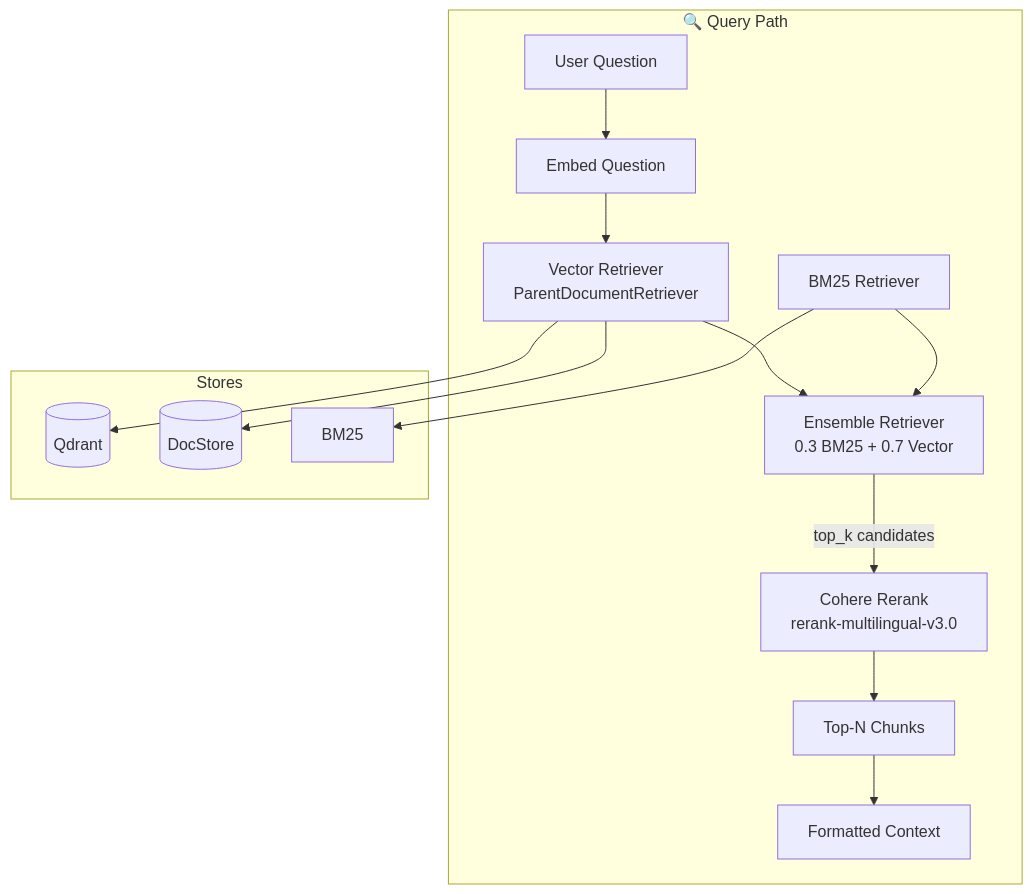
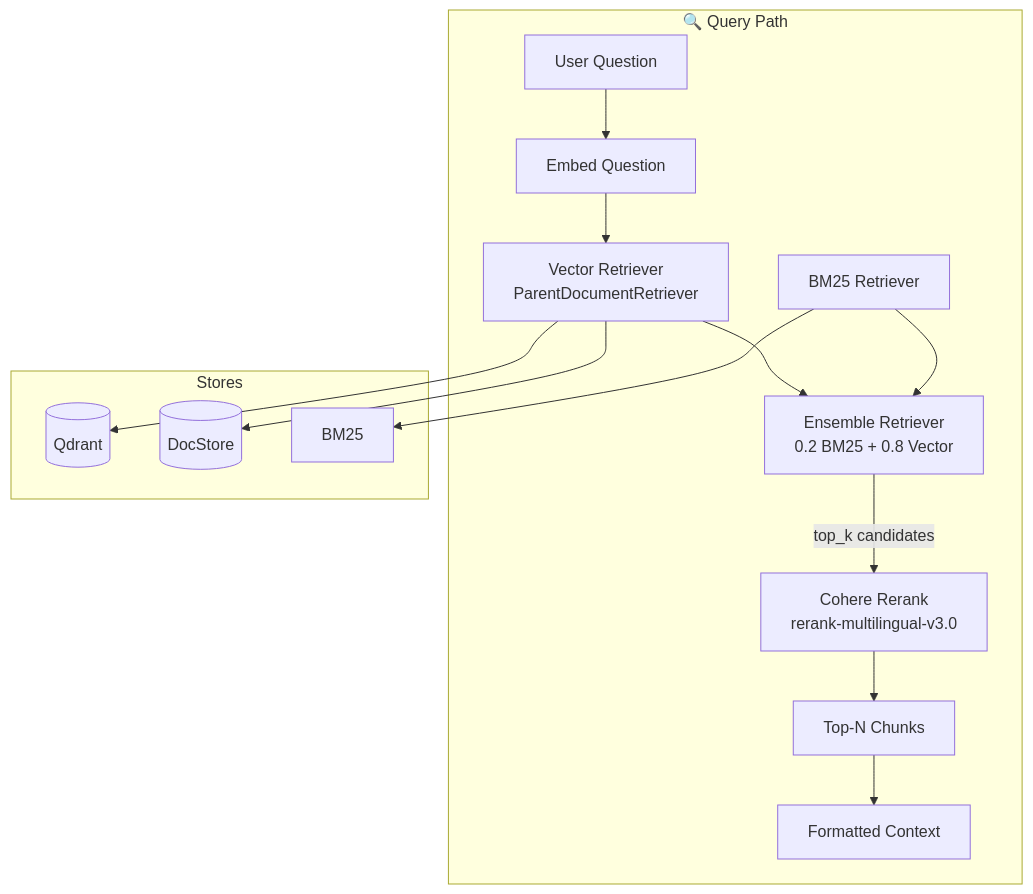
The third of 6 diagrams in README.md (adrian-barcan/AIE9-Certification-Challenge), drawn with Mermaid before and after one commit. The commit also changed 6 other files, not shown here.

````diff
--- a/README.md
+++ b/README.md
@@ -134,30 +134,30 @@
 ```mermaid
 flowchart TB
     subgraph Query["🔍 Query Path"]
         Q[User Question]
         EmbQ[Embed Question]
         VecRet[Vector Retriever<br/>ParentDocumentRetriever]
         BM25[BM25 Retriever]
-        Ensemble[Ensemble Retriever<br/>0.3 BM25 + 0.7 Vector]
+        Ensemble[Ensemble Retriever<br/>0.2 BM25 + 0.8 Vector]
         Rerank[Cohere Rerank<br/>rerank-multilingual-v3.0]
         TopN[Top-N Chunks]
         Format[Formatted Context]
         Q --> EmbQ
         EmbQ --> VecRet
         VecRet --> Ensemble
         BM25 --> Ensemble
         Ensemble -->|top_k candidates| Rerank
         Rerank --> TopN
         TopN --> Format
     end
 
     subgraph Stores["Stores"]
         Qdrant[(Qdrant)]
         DocStore[(DocStore)]
         BM25Idx[BM25]
     end
 
     VecRet --> Qdrant
     VecRet --> DocStore
     BM25 --> BM25Idx
 ```
````
